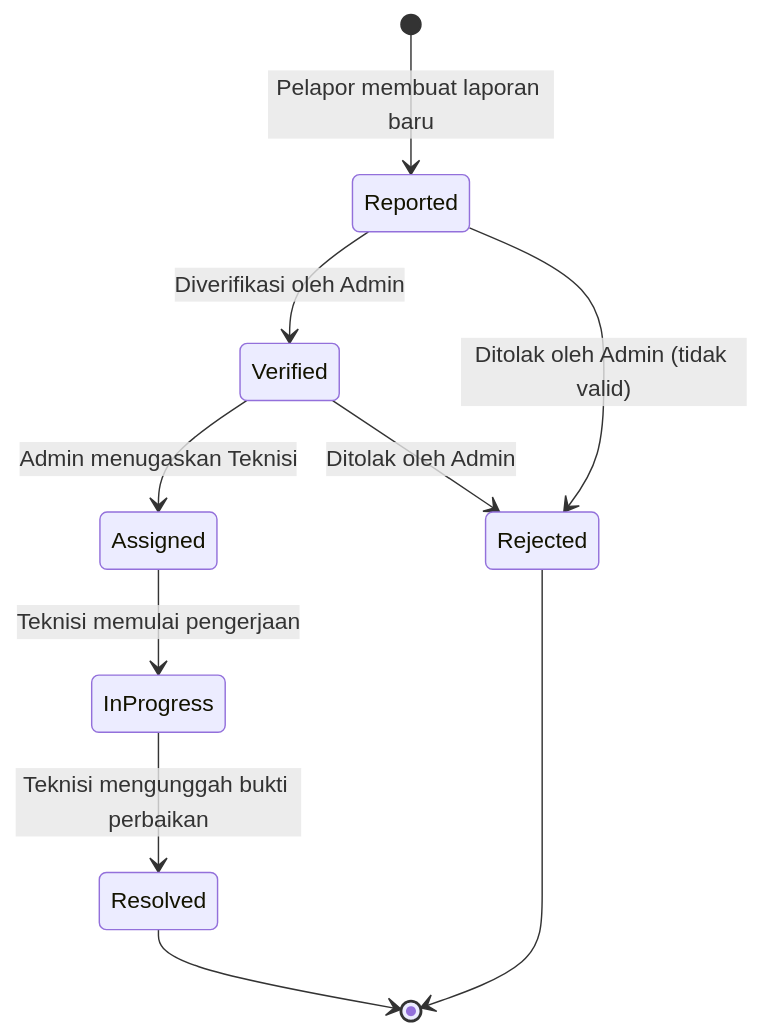
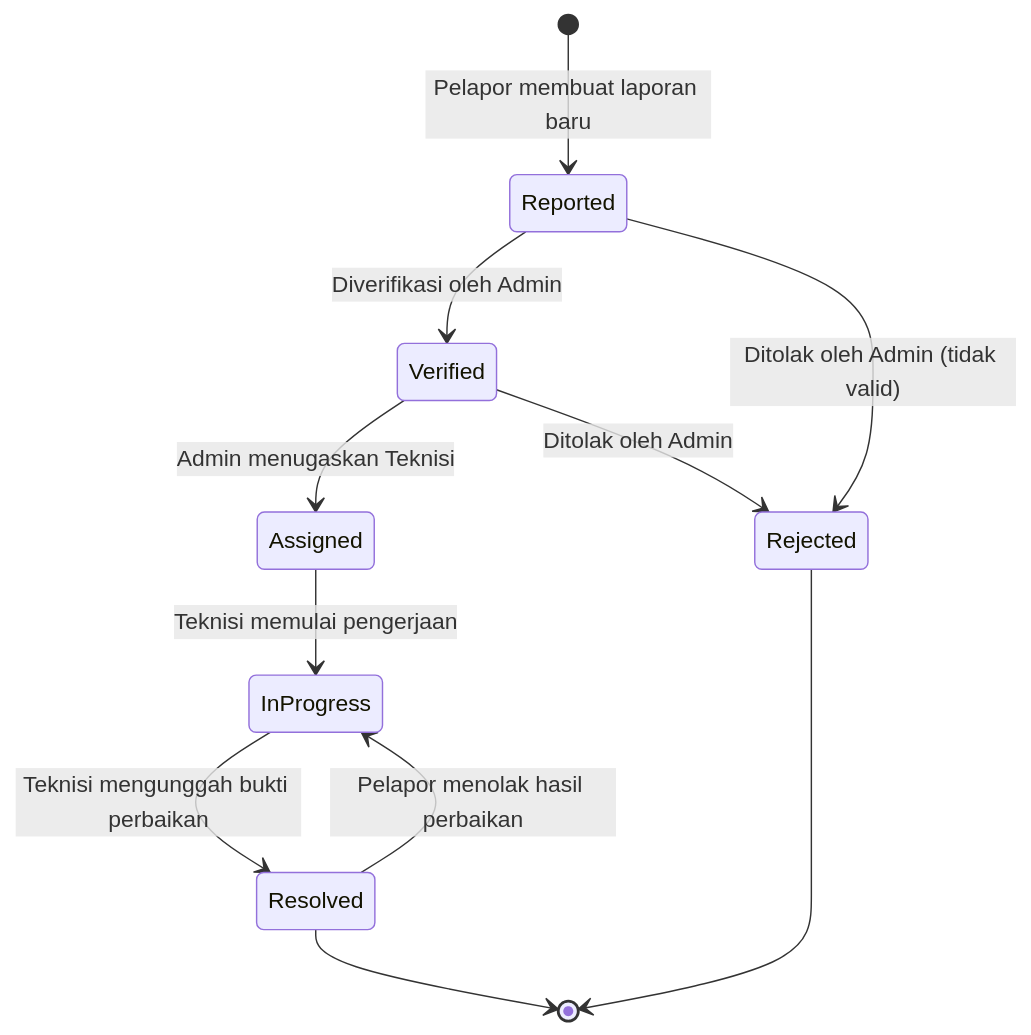
The diagram in README.md (wirahrpratama/tugas_besar_pemrograman_mobile), drawn with Mermaid before and after one commit. The commit also changed other lines of this file and 14 other files, not shown here.

````diff
--- a/README.md
+++ b/README.md
@@ -53,12 +53,13 @@
 ```mermaid
 stateDiagram-v2
     [*] --> Reported: Pelapor membuat laporan baru
     Reported --> Verified: Diverifikasi oleh Admin
     Reported --> Rejected: Ditolak oleh Admin (tidak valid)
     Verified --> Assigned: Admin menugaskan Teknisi
     Verified --> Rejected: Ditolak oleh Admin
     Assigned --> InProgress: Teknisi memulai pengerjaan
     InProgress --> Resolved: Teknisi mengunggah bukti perbaikan
+    Resolved --> InProgress: Pelapor menolak hasil perbaikan
     Resolved --> [*]
     Rejected --> [*]
 ```
````
